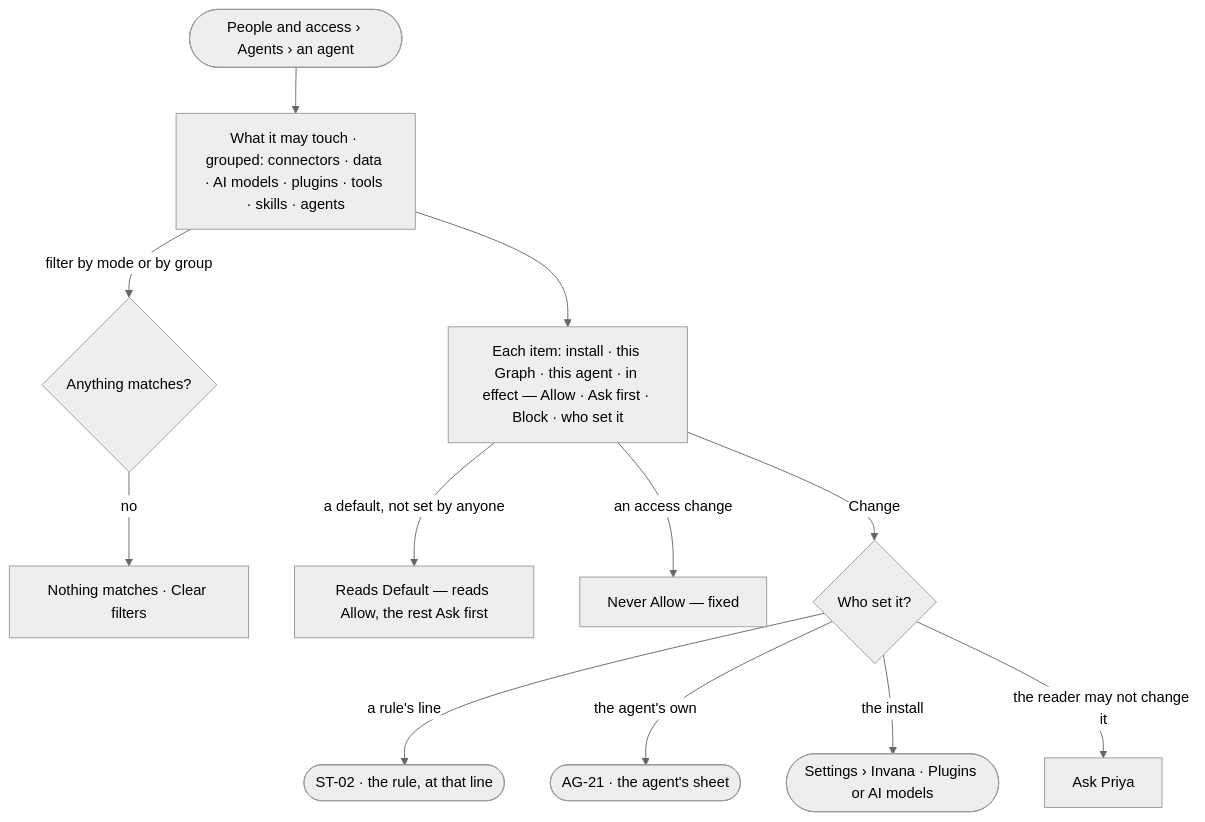
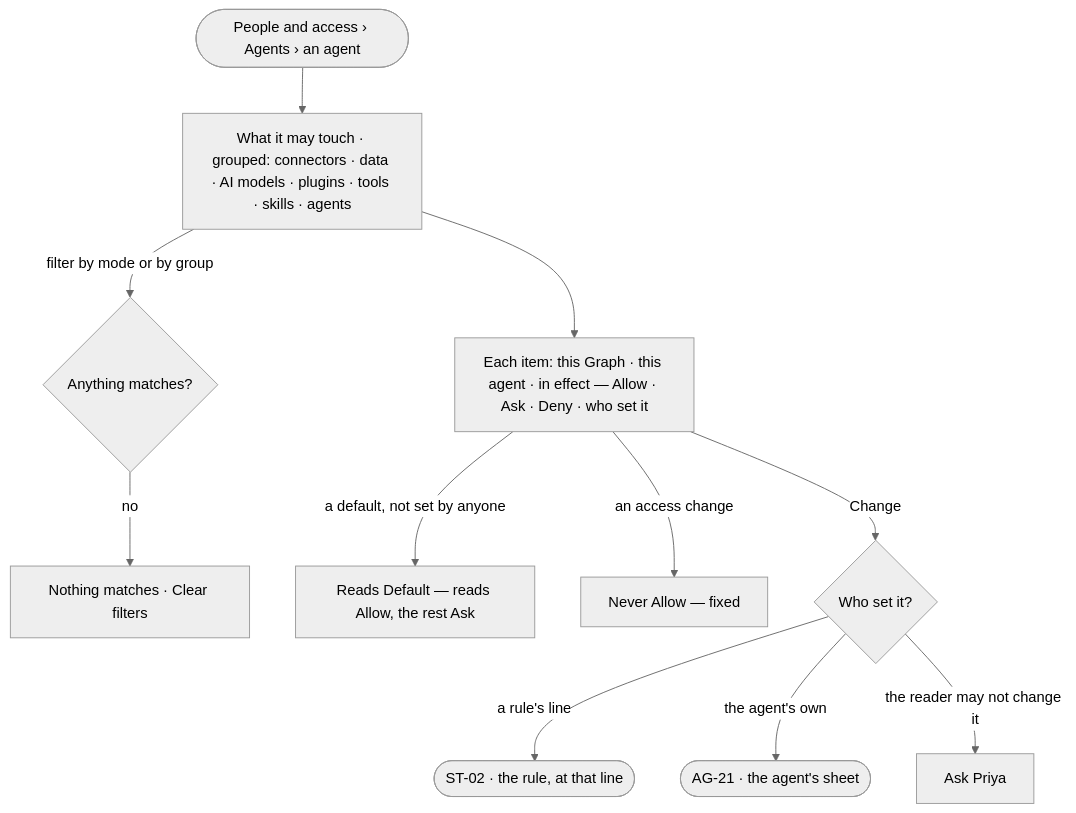
Before and after one commit to invana/invana: the diagram in specs/products/settings/features/ST-F02-people-and-access/stories/ST-30-see-what-an-agent-may-touch/story.md, drawn with Mermaid (neutral theme). The commit also changed other lines of this file and 30 other files, not shown here.

First line of the commit message:
docs: agent modes read Allow · Ask · Deny, set per Graph and per agent

````diff
--- a/specs/products/settings/features/ST-F02-people-and-access/stories/ST-30-see-what-an-agent-may-touch/story.md
+++ b/specs/products/settings/features/ST-F02-people-and-access/stories/ST-30-see-what-an-agent-may-touch/story.md
@@ -28,14 +27,13 @@
 ```mermaid
 flowchart TD
   t([People and access › Agents › an agent]) --> w["What it may touch · grouped: connectors · data · AI models · plugins · tools · skills · agents"]
-  w --> row["Each item: install · this Graph · this agent · in effect — Allow · Ask first · Block · who set it"]
+  w --> row["Each item: this Graph · this agent · in effect — Allow · Ask · Deny · who set it"]
   w -->|filter by mode or by group| f{"Anything matches?"}
   f -->|no| nm["Nothing matches · Clear filters"]
-  row -->|a default, not set by anyone| df["Reads Default — reads Allow, the rest Ask first"]
+  row -->|a default, not set by anyone| df["Reads Default — reads Allow, the rest Ask"]
   row -->|an access change| ac["Never Allow — fixed"]
   row -->|Change| ch{"Who set it?"}
   ch -->|a rule's line| ln(["ST-02 · the rule, at that line"])
   ch -->|the agent's own| sh(["AG-21 · the agent's sheet"])
-  ch -->|the install| inst(["Settings › Invana · Plugins or AI models"])
   ch -->|the reader may not change it| ask["Ask Priya"]
 ```
````
